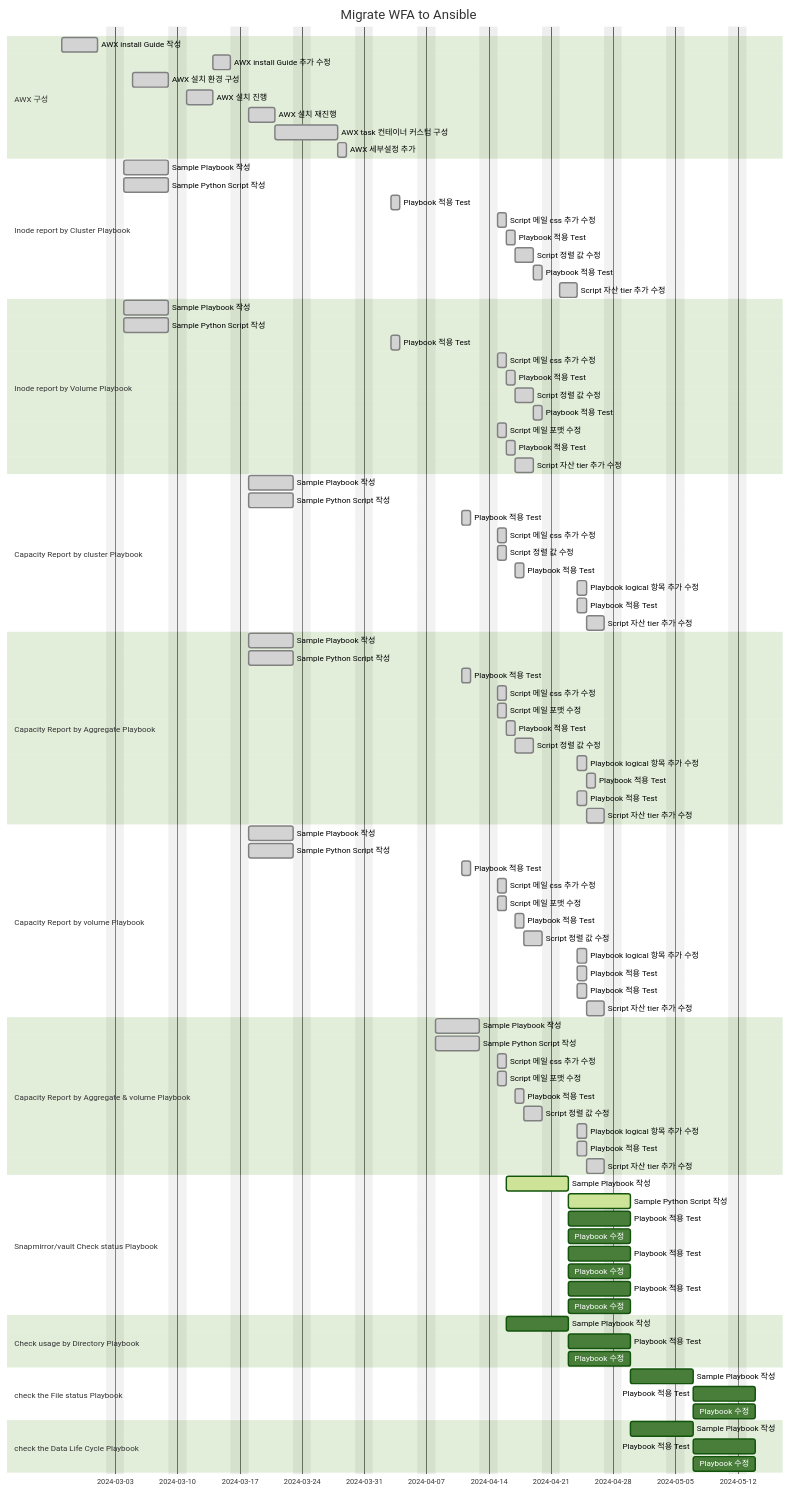
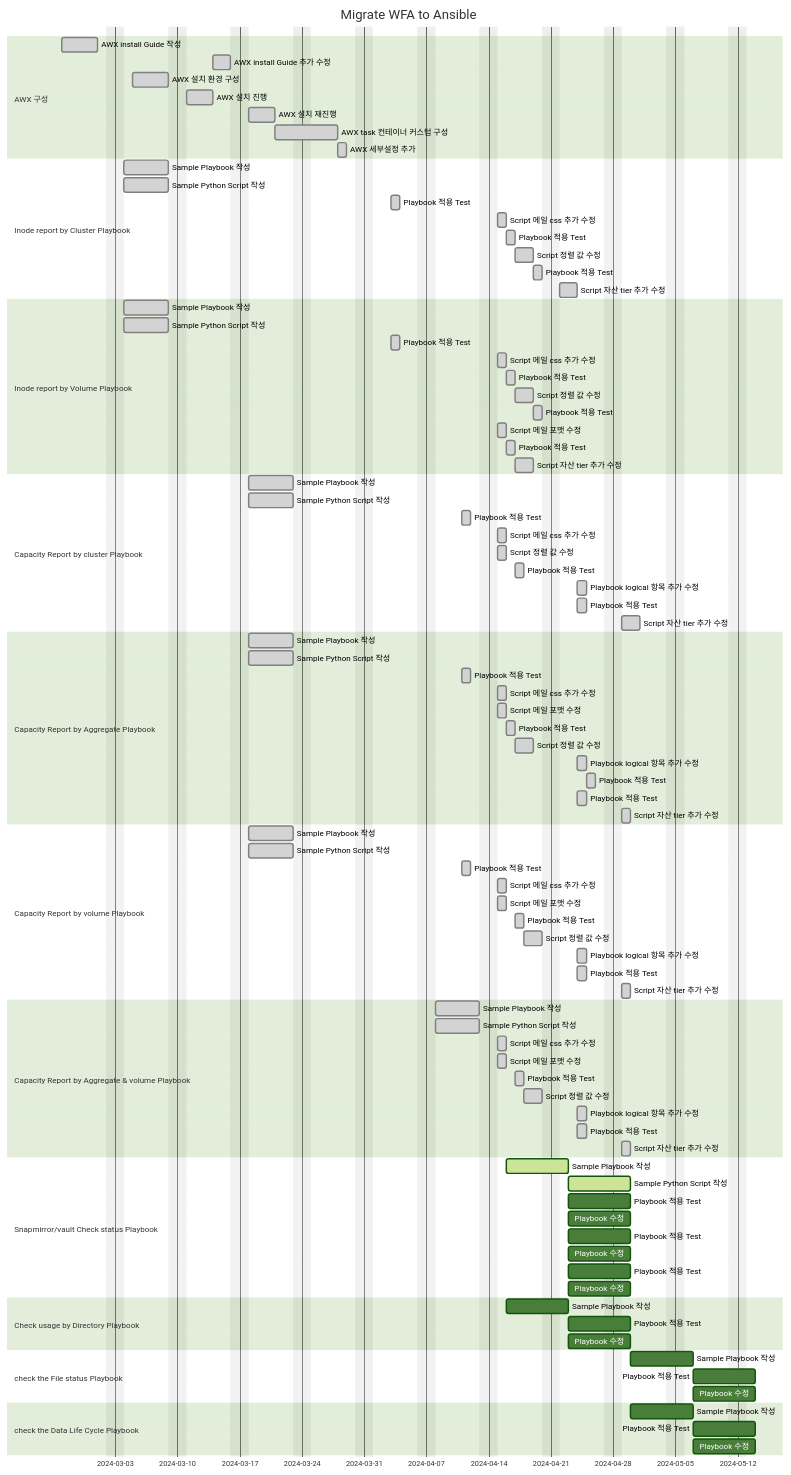
Before and after one commit to netappkr/AnsiblePlaybook: the diagram in SKHynix/Readme.md, drawn with Mermaid (forest theme).

```diff
--- a/SKHynix/Readme.md
+++ b/SKHynix/Readme.md
@@ -121,7 +121,7 @@
     Playbook 적용 Test                  : done, p3-6, 2024-04-17,  1d
     Playbook logical 항목 추가 수정      : done, p3-7, 2024-04-24,  1d
     Playbook 적용 Test                  : done, p3-8, 2024-04-24,  1d
-    Script 자산 tier 추가 수정          : done, p3-09, 2024-04-25 , 2d
+    Script 자산 tier 추가 수정          : done, p3-09, 2024-04-29 , 2d
 
     section Capacity Report by Aggregate Playbook
     Sample Playbook 작성                : done, p4-1, 2024-03-18, 5d
@@ -132,10 +132,9 @@
     Playbook 적용 Test                  : done, p4-6, after p4-5,  1d
     Script 정렬 값 수정                 : done, p4-7, after p4-6 , 2d
     Playbook logical 항목 추가 수정     : done, p4-8, 2024-04-24,  1d
-    Playbook 적용 Test                  : done, p4-9, after p4-8,  1d
-    
-    Playbook 적용 Test: done, p4-10, 2024-04-24,  1d
-    Script 자산 tier 추가 수정 : done, p4-11, 2024-04-25 , 2d
+    Playbook 적용 Test                  : done, p4-9, after p4-8, 1d
+    Playbook 적용 Test                  : done, p4-10, 2024-04-24, 1d
+    Script 자산 tier 추가 수정          : done, p4-11, 2024-04-29 , 1d
 
     section Capacity Report by volume Playbook
     Sample Playbook 작성                : done, p5-1, 2024-03-18 , 5d
@@ -147,19 +146,18 @@
     Script 정렬 값 수정                  : done, p5-7, 2024-04-18 , 2d
     Playbook logical 항목 추가 수정      : done, p5-8, 2024-04-24 , 1d
     Playbook 적용 Test                  : done, p5-9, 2024-04-24 , 1d
-    Playbook 적용 Test                  : done, p5-10, 2024-04-24, 1d
-    Script 자산 tier 추가 수정           : done, p5-11, 2024-04-25 , 2d
+    Script 자산 tier 추가 수정           : done, p5-10, 2024-04-29 , 1d
 
     section Capacity Report by Aggregate & volume Playbook
-    Sample Playbook 작성            : done, p6-1, 2024-04-08 , 5d
-    Sample Python Script 작성       : done, p6-2, 2024-04-08 , 5d
-    Script 메일 css 추가 수정        : done, p6-3, 2024-04-15 , 1d
-    Script 메일 포맷 수정            : done, p6-4, 2024-04-15 , 1d
-    Playbook 적용 Test              : done, p6-5, 2024-04-17 , 1d
-    Script 정렬 값 수정             : done, p6-6, 2024-04-18 , 2d
-    Playbook logical 항목 추가 수정  : done, p6-7, 2024-04-24 , 1d
-    Playbook 적용 Test              : done, p6-8, 2024-04-24 , 1d
-    Script 자산 tier 추가 수정       : done, p6-9, 2024-04-25 , 2d
+    Sample Playbook 작성                : done, p6-1, 2024-04-08 , 5d
+    Sample Python Script 작성           : done, p6-2, 2024-04-08 , 5d
+    Script 메일 css 추가 수정           : done, p6-3, 2024-04-15 , 1d
+    Script 메일 포맷 수정               : done, p6-4, 2024-04-15 , 1d
+    Playbook 적용 Test                  : done, p6-5, 2024-04-17 , 1d
+    Script 정렬 값 수정                 : done, p6-6, 2024-04-18 , 2d
+    Playbook logical 항목 추가 수정     : done, p6-7, 2024-04-24 , 1d
+    Playbook 적용 Test                  : done, p6-8, 2024-04-24 , 1d
+    Script 자산 tier 추가 수정          : done, p6-9, 2024-04-29 , 1d
 
     section Snapmirror/vault Check status Playbook
     Sample Playbook 작성 : active, p6-1, after p4-4, 5d
```
